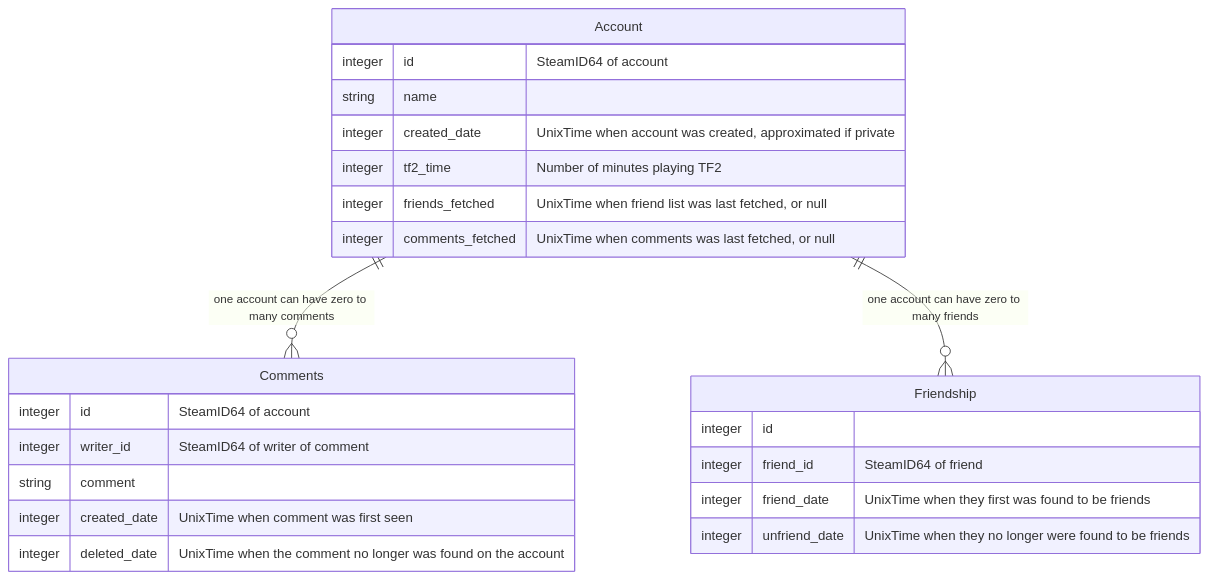
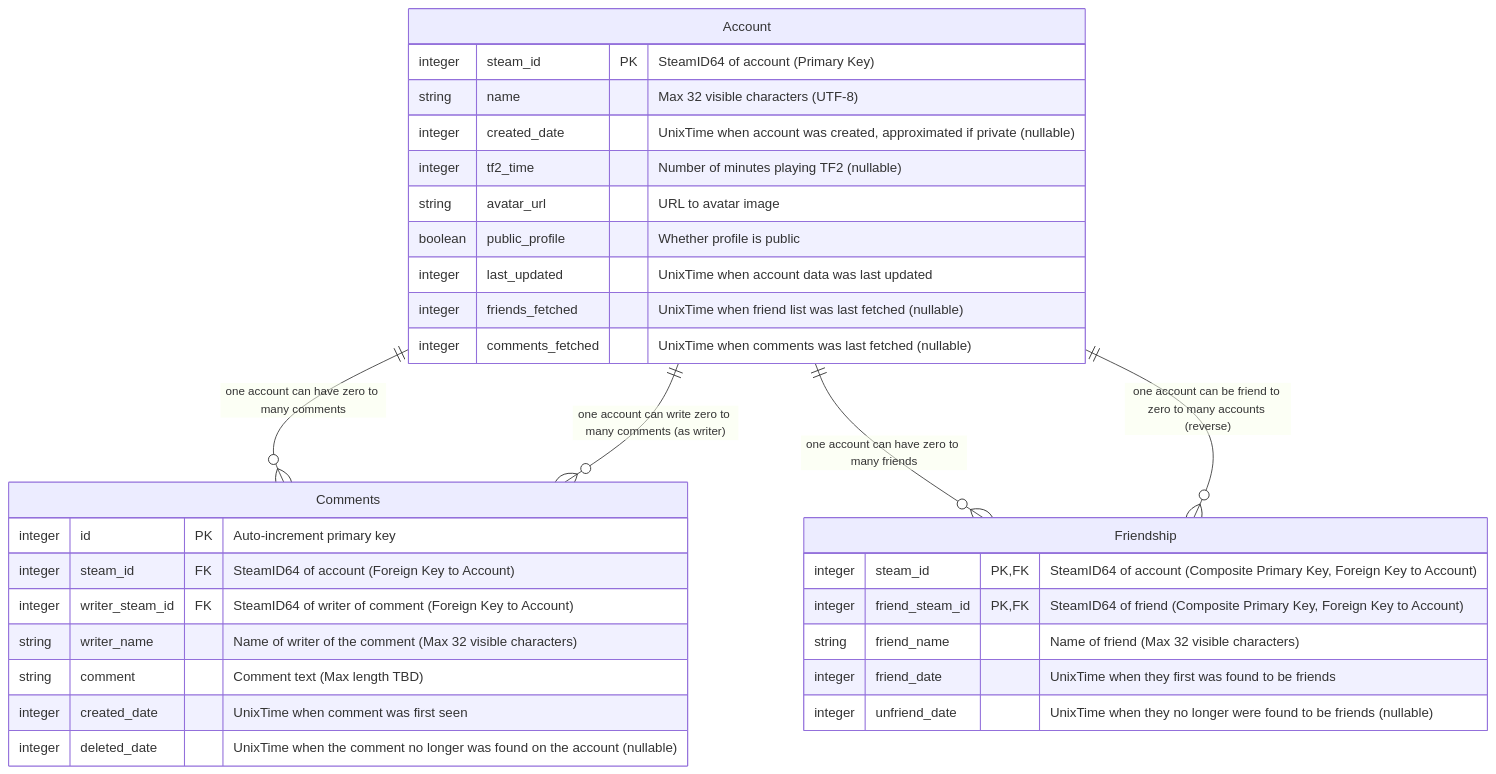
Before and after one commit to aftershavetf2/TF2Monitor: the diagram in src/db/DATAMODEL.md, drawn with Mermaid. The commit also changed other lines of this file and 9 other files, not shown here.

````diff
--- a/src/db/DATAMODEL.md
+++ b/src/db/DATAMODEL.md
@@ -7,31 +56,38 @@
 ```mermaid
 erDiagram
     Account {
-        integer id "SteamID64 of account"
-        string name
-        integer created_date "UnixTime when account was created, approximated if private"
-        integer tf2_time "Number of minutes playing TF2"
-
-        integer friends_fetched "UnixTime when friend list was last fetched, or null"
-        integer comments_fetched "UnixTime when comments was last fetched, or null"
+        integer steam_id PK "SteamID64 of account (Primary Key)"
+        string name "Max 32 visible characters (UTF-8)"
+        integer created_date "UnixTime when account was created, approximated if private (nullable)"
+        integer tf2_time "Number of minutes playing TF2 (nullable)"
+        string avatar_url "URL to avatar image"
+        boolean public_profile "Whether profile is public"
+        integer last_updated "UnixTime when account data was last updated"
+        integer friends_fetched "UnixTime when friend list was last fetched (nullable)"
+        integer comments_fetched "UnixTime when comments was last fetched (nullable)"
     }
 
     Friendship {
-        integer id
-        integer friend_id "SteamID64 of friend"
+        integer steam_id PK,FK "SteamID64 of account (Composite Primary Key, Foreign Key to Account)"
+        integer friend_steam_id PK,FK "SteamID64 of friend (Composite Primary Key, Foreign Key to Account)"
+        string  friend_name "Name of friend (Max 32 visible characters)"
         integer friend_date "UnixTime when they first was found to be friends"
-        integer unfriend_date "UnixTime when they no longer were found to be friends"
+        integer unfriend_date "UnixTime when they no longer were found to be friends (nullable)"
     }
 
     Comments {
-        integer id "SteamID64 of account"
-        integer writer_id  "SteamID64 of writer of comment"
-        string comment
+        integer id PK "Auto-increment primary key"
+        integer steam_id FK "SteamID64 of account (Foreign Key to Account)"
+        integer writer_steam_id FK "SteamID64 of writer of comment (Foreign Key to Account)"
+        string  writer_name "Name of writer of the comment (Max 32 visible characters)"
+        string  comment "Comment text (Max length TBD)"
         integer created_date "UnixTime when comment was first seen"
-        integer deleted_date "UnixTime when the comment no longer was found on the account"
+        integer deleted_date "UnixTime when the comment no longer was found on the account (nullable)"
     }
 
     Account ||--o{ Comments : "one account can have zero to many comments"
     Account ||--o{ Friendship : "one account can have zero to many friends"
+    Account ||--o{ Friendship : "one account can be friend to zero to many accounts (reverse)"
+    Account ||--o{ Comments : "one account can write zero to many comments (as writer)"
 
 ```
````
